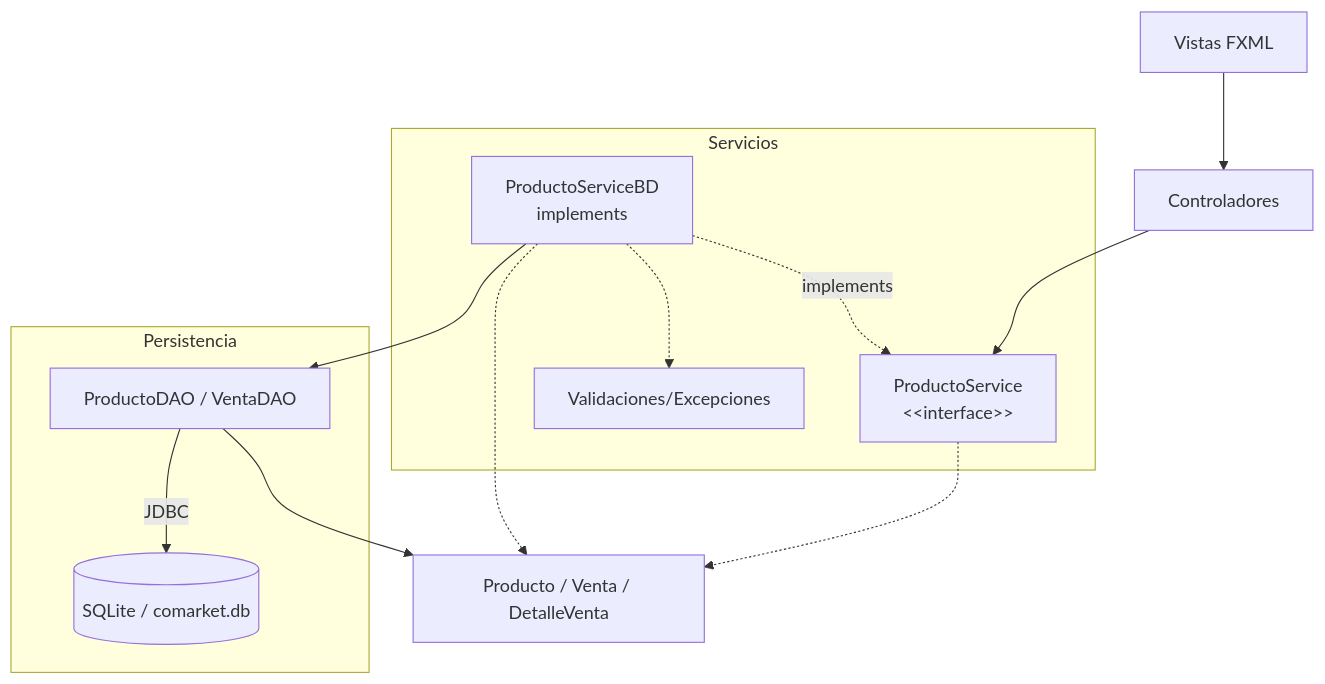
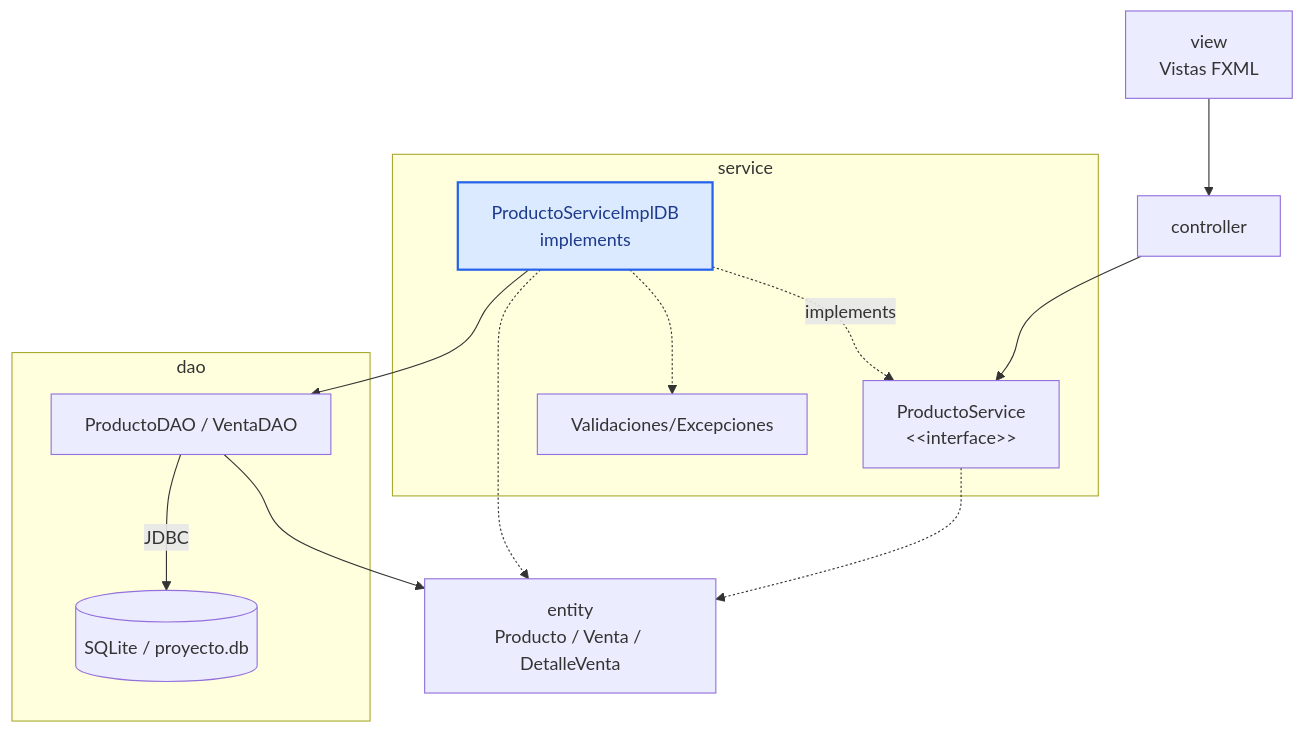
The diagram in docs/S13_Proyecto_Integrador_Ensamblaje.md (262poo/comarket), drawn with Mermaid before and after one commit. The commit also changed other lines of this file and 36 other files, not shown here.

````diff
--- a/docs/S13_Proyecto_Integrador_Ensamblaje.md
+++ b/docs/S13_Proyecto_Integrador_Ensamblaje.md
@@ -58,28 +59,31 @@
 ```mermaid
 flowchart TB
-    Vista["Vistas FXML"]
-    Controladores["Controladores"]
+    Vista["view<br/>Vistas FXML"]
+    Controladores["controller"]
 
-    subgraph Servicios["Servicios"]
+    subgraph Servicios["service"]
         Contrato["ProductoService<br/>&lt;&lt;interface&gt;&gt;"]
-        Implementacion["ProductoServiceBD<br/>implements"]
+        Implementacion["ProductoServiceImplDB<br/>implements"]
         Validaciones["Validaciones/Excepciones"]
     end
 
-    Entidades["Producto / Venta / DetalleVenta"]
+    Entidades["entity<br/>Producto / Venta / DetalleVenta"]
 
-    subgraph Persistencia["Persistencia"]
+    subgraph Persistencia["dao"]
         DAO["ProductoDAO / VentaDAO"]
-        SQLite[("SQLite / comarket.db")]
+        SQLite[("SQLite / proyecto.db")]
     end
 
     Vista --> Controladores
     Controladores --> Contrato
     Implementacion -. implements .-> Contrato
     Contrato -.-> Entidades
     Implementacion -.-> Entidades
     Implementacion -.-> Validaciones
     Implementacion --> DAO
     DAO --> Entidades
     DAO -->|"JDBC"| SQLite
+
+    classDef serviceImpl fill:#dbeafe,stroke:#2563eb,stroke-width:2px,color:#1e3a8a;
+    class Implementacion serviceImpl;
 ```
````
